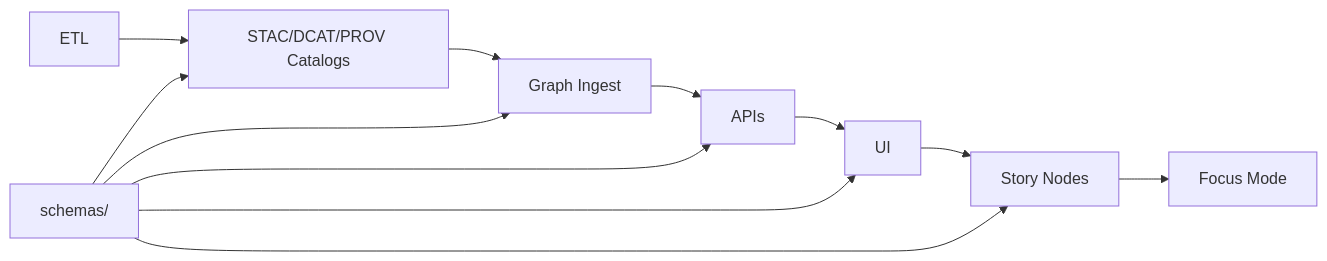
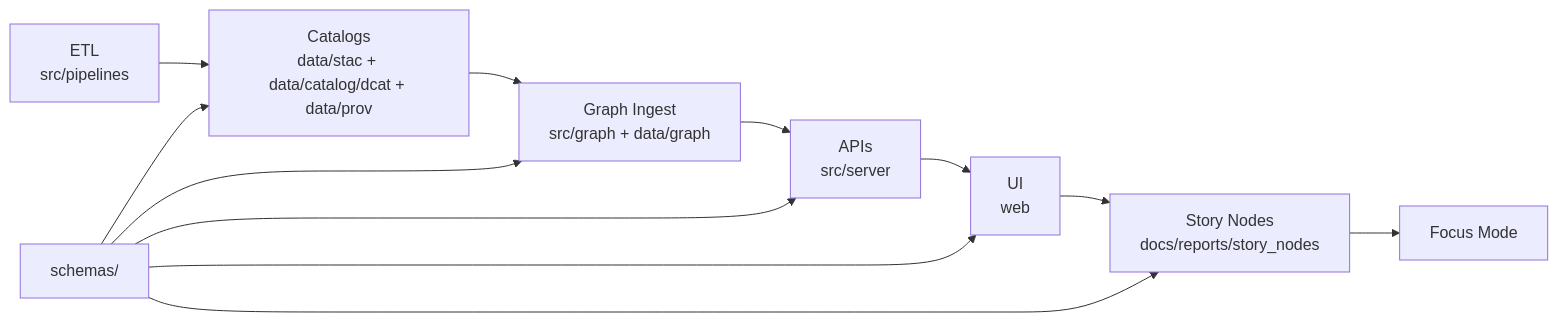
Before and after one commit to bartytime4life/Kansas-Frontier-Matrix: the first of 2 diagrams in schemas/README.md, drawn with Mermaid. The commit also changed other lines of this file, not shown here.

First line of the commit message:
Revise README for schema registry clarity and governance

```diff
--- a/schemas/README.md
+++ b/schemas/README.md
@@ -216,15 +214,15 @@
 ~~~mermaid
 flowchart LR
-  A[ETL] --> B[STAC/DCAT/PROV Catalogs]
-  B --> C[Graph Ingest]
-  C --> D[APIs]
-  D --> E[UI]
-  E --> F[Story Nodes]
+  A[ETL<br/>src/pipelines] --> B[Catalogs<br/>data/stac + data/catalog/dcat + data/prov]
+  B --> C[Graph Ingest<br/>src/graph + data/graph]
+  C --> D[APIs<br/>src/server]
+  D --> E[UI<br/>web]
+  E --> F[Story Nodes<br/>docs/reports/story_nodes]
   F --> G[Focus Mode]
 
   S[schemas/] --> B
   S --> C
   S --> D
   S --> E
   S --> F
 ~~~
```
